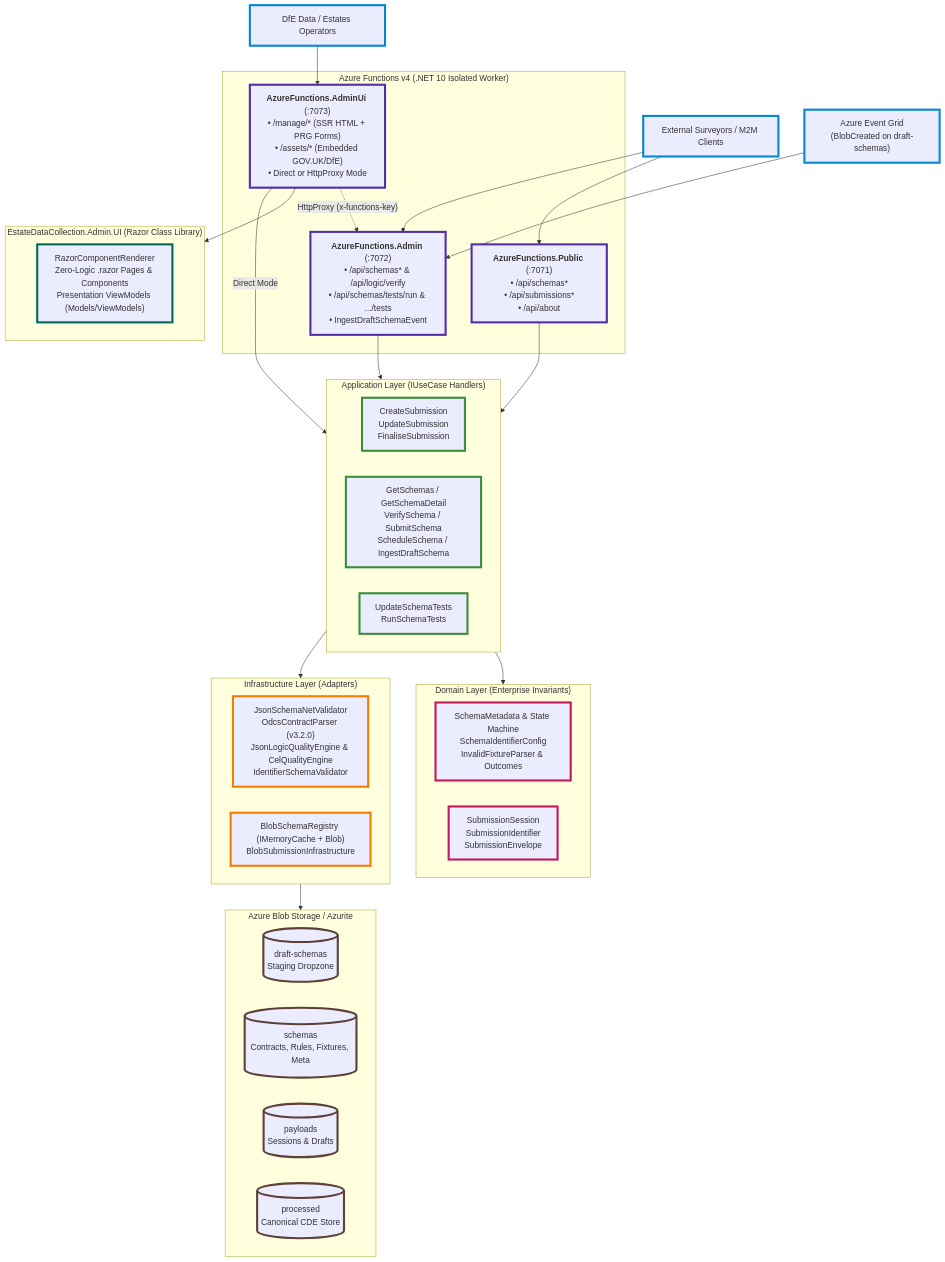
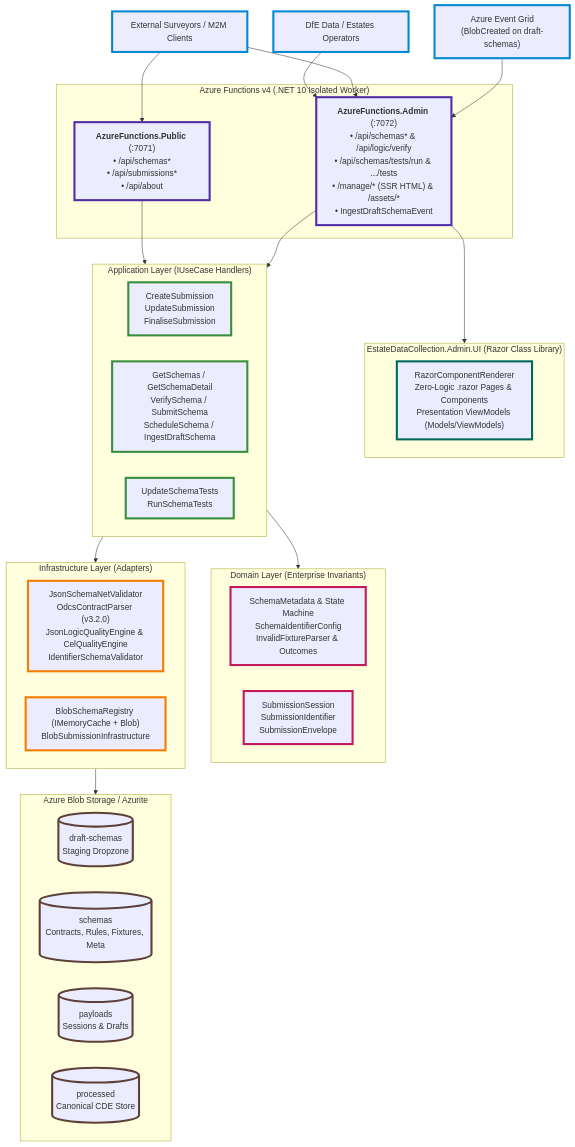
Before and after one commit to DFE-Digital/estate-data-collection: the first of 4 diagrams in ARCHITECTURE.md, drawn with Mermaid. The commit also changed other lines of this file and 53 other files, not shown here.

Commit message:
refactor(admin): merge AdminUi portal routes into AzureFunctions.Admin host

````diff
--- a/ARCHITECTURE.md
+++ b/ARCHITECTURE.md
@@ -12,62 +12,59 @@
 ```mermaid
 flowchart TD
     classDef input stroke:#0288d1,stroke-width:4px;
     classDef host stroke:#512da8,stroke-width:4px;
     classDef ui stroke:#00695c,stroke-width:4px;
     classDef app stroke:#388e3c,stroke-width:4px;
     classDef domain stroke:#c2185b,stroke-width:4px;
     classDef infra stroke:#f57c00,stroke-width:4px;
     classDef storage stroke:#5d4037,stroke-width:4px;
 
     M2M["External Surveyors / M2M Clients"]:::input
     Operator["DfE Data / Estates Operators"]:::input
     EG["Azure Event Grid<br/>(BlobCreated on draft-schemas)"]:::input
 
     subgraph Hosts["Azure Functions v4 (.NET 10 Isolated Worker)"]
         F_PUB["<b>AzureFunctions.Public</b> (:7071)<br/>• /api/schemas*<br/>• /api/submissions*<br/>• /api/about"]:::host
-        F_ADM["<b>AzureFunctions.Admin</b> (:7072)<br/>• /api/schemas* &amp; /api/logic/verify<br/>• /api/schemas/tests/run &amp; .../tests<br/>• IngestDraftSchemaEvent"]:::host
-        F_UI["<b>AzureFunctions.AdminUi</b> (:7073)<br/>• /manage/* (SSR HTML + PRG Forms)<br/>• /assets/* (Embedded GOV.UK/DfE)<br/>• Direct or HttpProxy Mode"]:::host
+        F_ADM["<b>AzureFunctions.Admin</b> (:7072)<br/>• /api/schemas* &amp; /api/logic/verify<br/>• /api/schemas/tests/run &amp; .../tests<br/>• /manage/* (SSR HTML) &amp; /assets/*<br/>• IngestDraftSchemaEvent"]:::host
     end
 
     subgraph AdminUI["EstateDataCollection.Admin.UI (Razor Class Library)"]
         RCR["RazorComponentRenderer<br/>Zero-Logic .razor Pages &amp; Components<br/>Presentation ViewModels (Models/ViewModels)"]:::ui
     end
 
     subgraph Application["Application Layer (IUseCase Handlers)"]
         UC_SUB["CreateSubmission<br/>UpdateSubmission<br/>FinaliseSubmission"]:::app
         UC_SCH["GetSchemas / GetSchemaDetail<br/>VerifySchema / SubmitSchema<br/>ScheduleSchema / IngestDraftSchema"]:::app
         UC_TST["UpdateSchemaTests<br/>RunSchemaTests"]:::app
     end
 
     subgraph Domain["Domain Layer (Enterprise Invariants)"]
         D_SCH["SchemaMetadata &amp; State Machine<br/>SchemaIdentifierConfig<br/>InvalidFixtureParser &amp; Outcomes"]:::domain
         D_SUB["SubmissionSession<br/>SubmissionIdentifier<br/>SubmissionEnvelope"]:::domain
     end
 
     subgraph Infrastructure["Infrastructure Layer (Adapters)"]
         VAL["JsonSchemaNetValidator<br/>OdcsContractParser (v3.2.0)<br/>JsonLogicQualityEngine &amp; CelQualityEngine<br/>IdentifierSchemaValidator"]:::infra
         REG["BlobSchemaRegistry (IMemoryCache + Blob)<br/>BlobSubmissionInfrastructure"]:::infra
     end
 
     subgraph Storage["Azure Blob Storage / Azurite"]
         C_DRF[("draft-schemas<br/>Staging Dropzone")]:::storage
         C_SCH[("schemas<br/>Contracts, Rules, Fixtures, Meta")]:::storage
         C_PAY[("payloads<br/>Sessions &amp; Drafts")]:::storage
         C_PRO[("processed<br/>Canonical CDE Store")]:::storage
     end
 
     M2M --> F_PUB
-    Operator --> F_UI
+    Operator --> F_ADM
     M2M --> F_ADM
     EG --> F_ADM
 
-    F_UI --> AdminUI
-    F_UI -. "HttpProxy (x-functions-key)" .-> F_ADM
-    F_UI -- "Direct Mode" --> Application
+    F_ADM --> AdminUI
     F_PUB --> Application
     F_ADM --> Application
 
     Application --> Domain
     Application --> Infrastructure
     Infrastructure --> Storage
 ```
````
